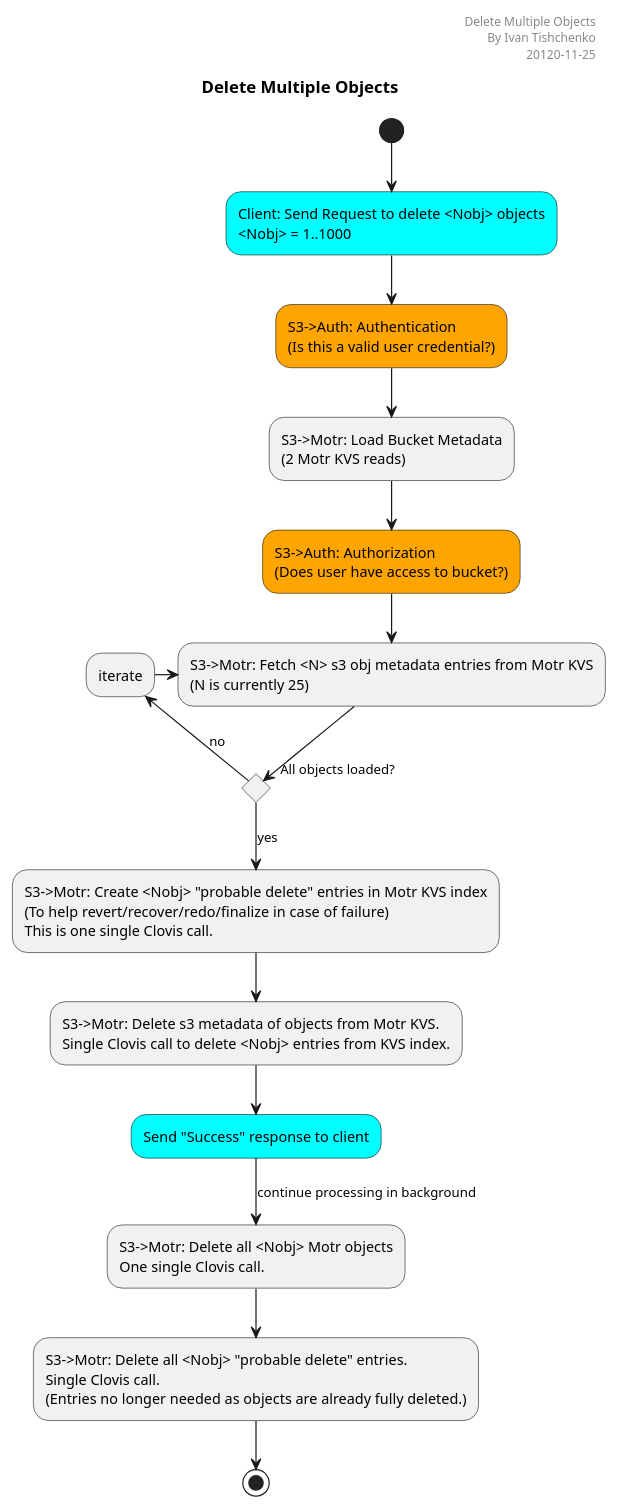
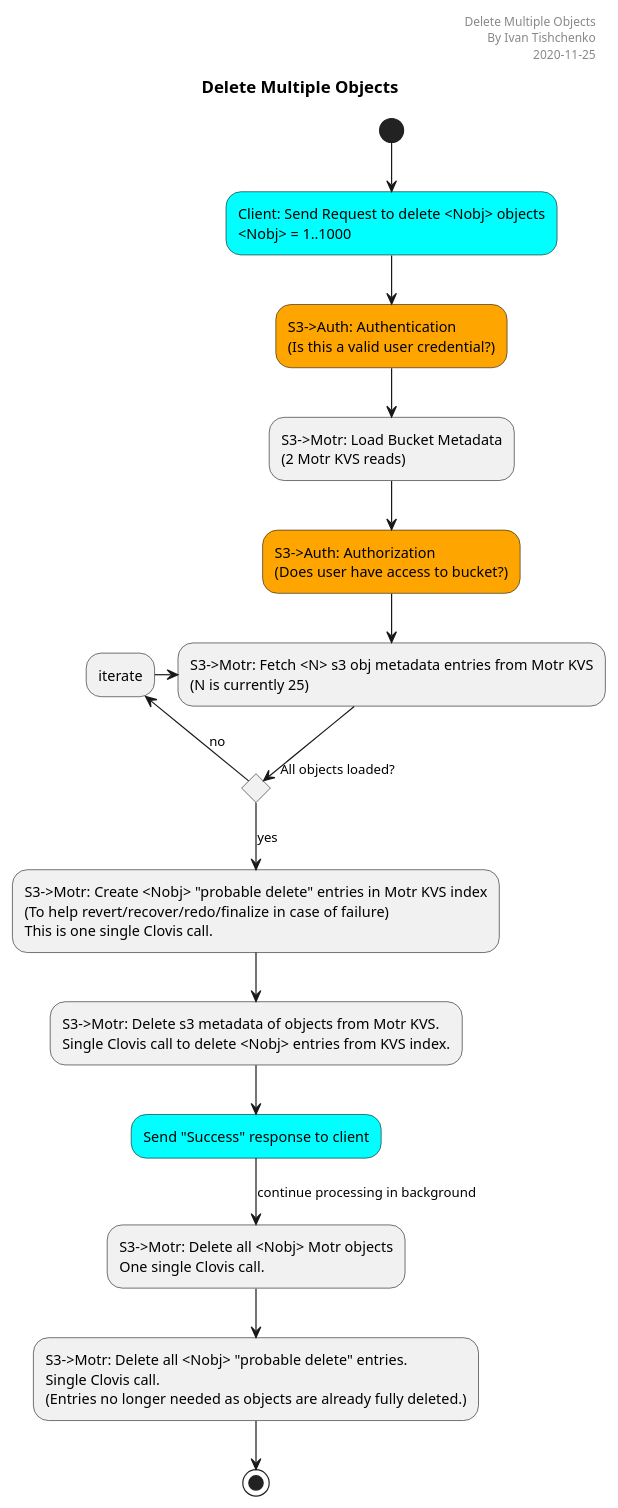
The diagram in docs/sequencediagrams/delete-multiple-objects-activity.plantuml (Seagate/cortx-s3server), drawn with PlantUML before and after one commit.

Commit message:
Fix date misprint in diagram title

```diff
--- a/docs/sequencediagrams/delete-multiple-objects-activity.plantuml
+++ b/docs/sequencediagrams/delete-multiple-objects-activity.plantuml
@@ -1,29 +1,29 @@
 @startuml
 
-header Delete Multiple Objects\n By Ivan Tishchenko\n 20120-11-25
+header Delete Multiple Objects\n By Ivan Tishchenko\n 2020-11-25
 
 title Delete Multiple Objects
 
 skinparam activity {
   BackgroundColor<< Client >> Cyan
   BackgroundColor<< Auth >> Orange
 }
 
 (*) --> "Client: Send Request to delete <Nobj> objects\n<Nobj> = 1..1000" << Client >>
 --> S3->Auth: Authentication\n(Is this a valid user credential?) << Auth >>
 --> "S3->Motr: Load Bucket Metadata\n(2 Motr KVS reads)"
 --> "S3->Auth: Authorization\n(Does user have access to bucket?)" << Auth >>
 --> S3->Motr: Fetch <N> s3 obj metadata entries from Motr KVS\n(N is currently 25)
 if "All objects loaded?" then
  -->[no] iterate
  -> S3->Motr: Fetch <N> s3 obj metadata entries from Motr KVS\n(N is currently 25)
 else
  -->[yes] S3->Motr: Create <Nobj> "probable delete" entries in Motr KVS index\n(To help revert/recover/redo/finalize in case of failure)\nThis is one single Clovis call.
  --> S3->Motr: Delete s3 metadata of objects from Motr KVS.\nSingle Clovis call to delete <Nobj> entries from KVS index.
  --> Send "Success" response to client << Client >>
  --> [continue processing in background] S3->Motr: Delete all <Nobj> Motr objects\nOne single Clovis call.
  --> S3->Motr: Delete all <Nobj> "probable delete" entries.\nSingle Clovis call.\n(Entries no longer needed as objects are already fully deleted.)
  --> (*)
 endif
 
 @enduml
```
